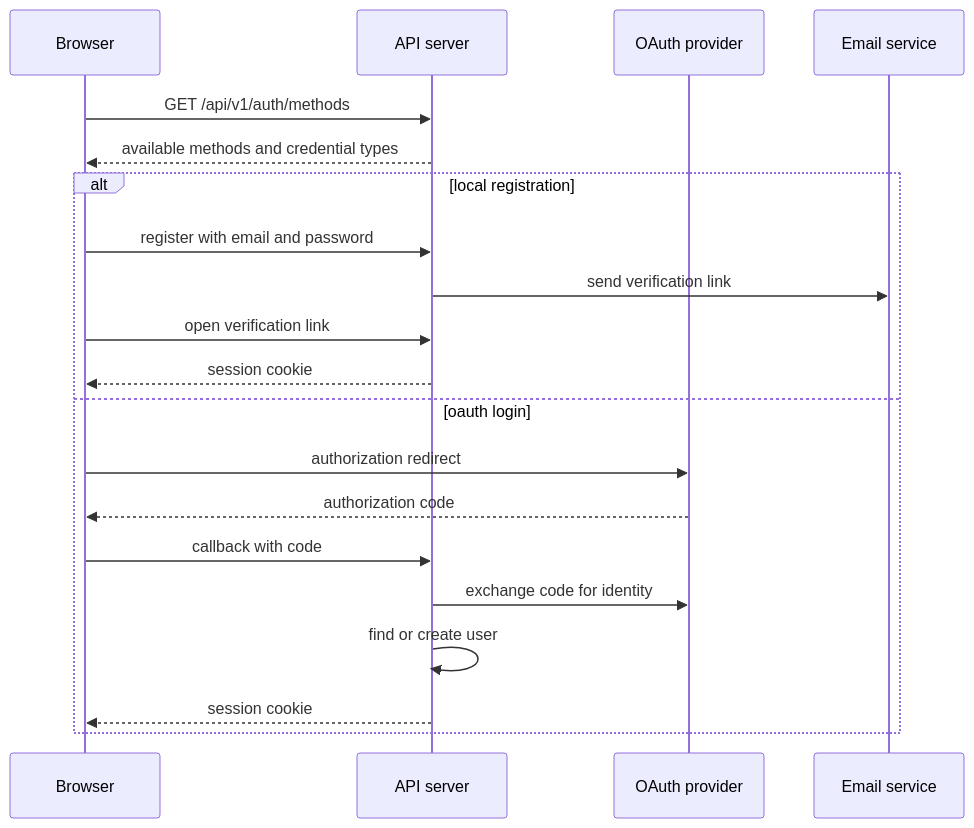
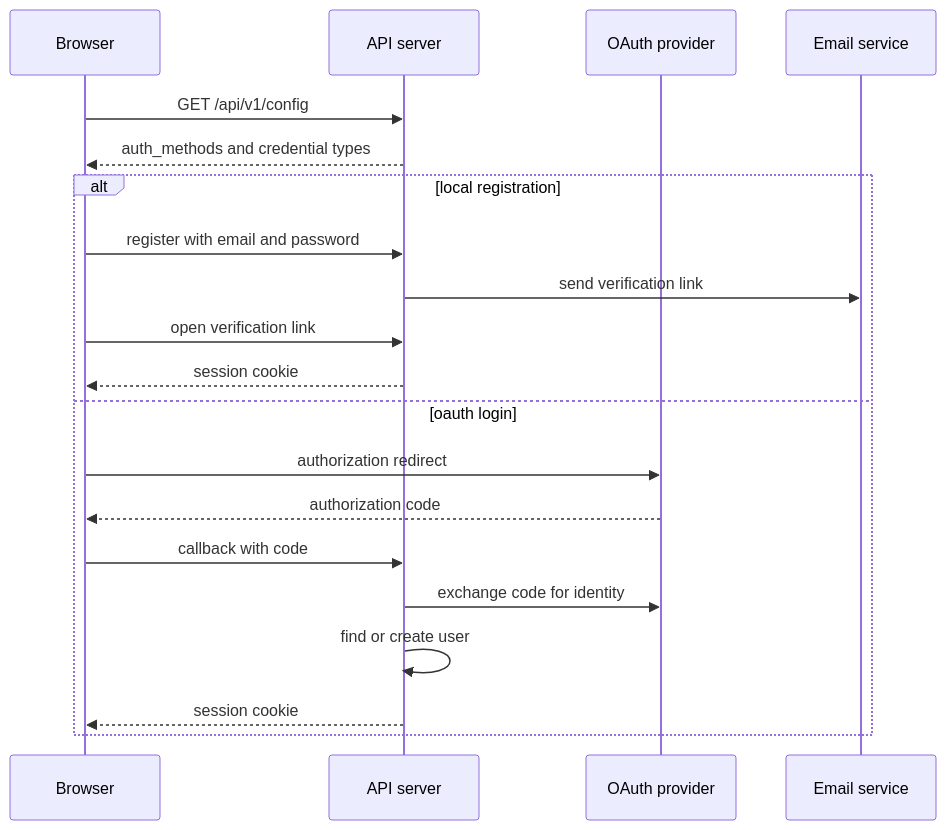
One commit to Portocolom-Studio/potocolom changed the ninth of 11 diagrams in docs/architecture.md. Above: the diagram before and after it, drawn with Mermaid. The commit also changed other lines of this file and 1 other file, not shown here.

Commit message:
Address review comments: single auth discovery endpoint, conditional Secure cookie flag

````diff
--- a/docs/architecture.md
+++ b/docs/architecture.md
@@ -262,22 +262,22 @@
 ```mermaid
 sequenceDiagram
     participant B as Browser
     participant A as API server
     participant G as OAuth provider
     participant E as Email service
-    B->>A: GET /api/v1/auth/methods
-    A-->>B: available methods and credential types
+    B->>A: GET /api/v1/config
+    A-->>B: auth_methods and credential types
     alt local registration
         B->>A: register with email and password
         A->>E: send verification link
         B->>A: open verification link
         A-->>B: session cookie
     else oauth login
         B->>G: authorization redirect
         G-->>B: authorization code
         B->>A: callback with code
         A->>G: exchange code for identity
         A->>A: find or create user
         A-->>B: session cookie
     end
 ```
````
